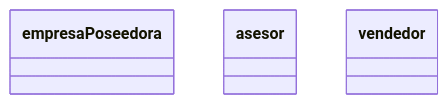
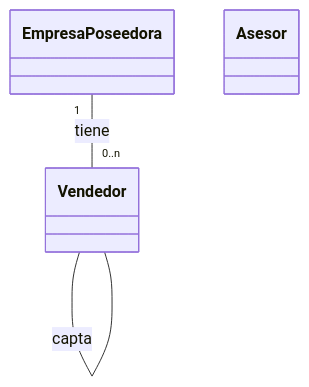
One commit to savamidev/MiguelSanchez-1DAW changed the diagram in EEDD/Eva4.1/Ejercicio1.md. Above: the diagram before and after it, drawn with Mermaid.

Commit message:
Agregada relaciones básicas

````diff
--- a/EEDD/Eva4.1/Ejercicio1.md
+++ b/EEDD/Eva4.1/Ejercicio1.md
@@ -1,17 +1,20 @@
 ```mermaid
     classDiagram
 
 
-    class empresaPoseedora {
+    class EmpresaPoseedora {
     }
     
 
-    class asesor {
+    class Asesor {
     }
 
-    class vendedor {
+    class Vendedor {
 
     }
 
+    EmpresaPoseedora "1" -- "0..n" Vendedor : tiene
+    Vendedor -- Vendedor : capta
+   
 
 ```
````
